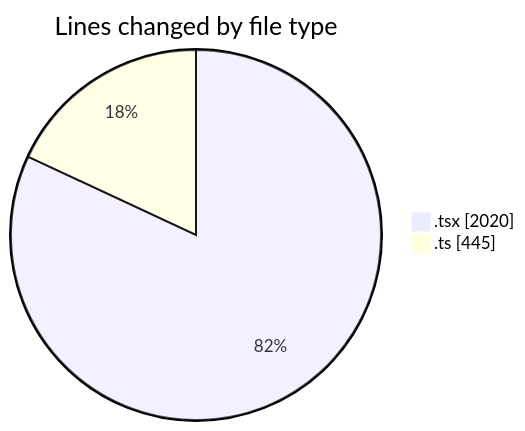
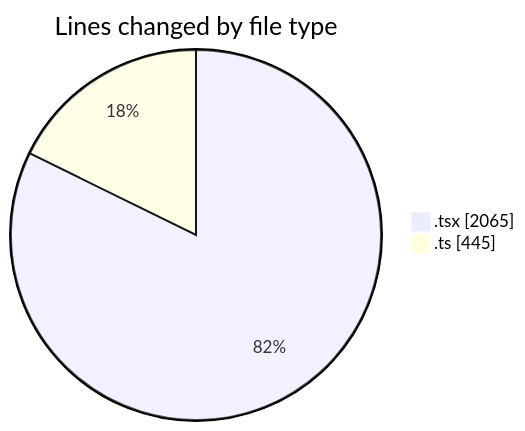
The first of 2 diagrams in 2025-09-24/cda/README.md (momahboobian/code-tracking), drawn with Mermaid before and after one commit. The commit also changed other lines of this file and 1 other file, not shown here.

````diff
--- a/2025-09-24/cda/README.md
+++ b/2025-09-24/cda/README.md
@@ -29,6 +29,6 @@
 ```mermaid
 pie showData
 title Lines changed by file type
-".tsx" : 2020
+".tsx" : 2065
 ".ts" : 445
 ```
````
